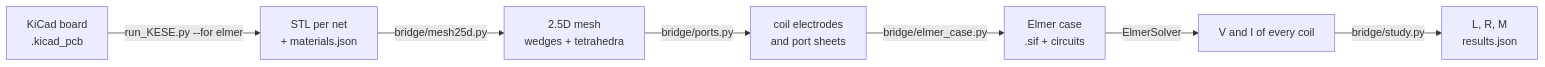
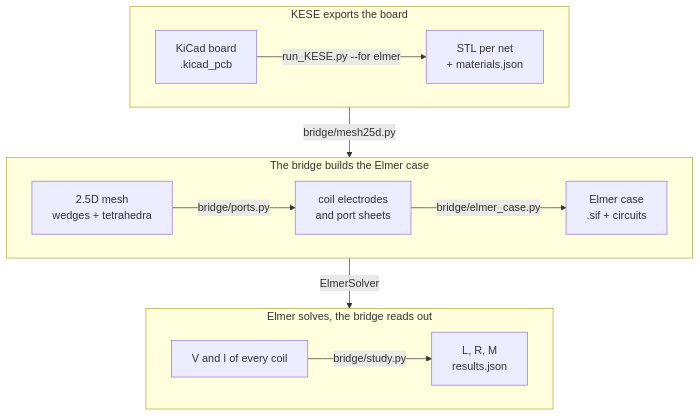
One commit to RolandThsive/KiCad-EM-Stackup-Exporter-KESE changed the diagram in docs/wiki/Elmer-FEM-Walkthrough.md. Above: the diagram before and after it, drawn with Mermaid. The commit also changed 3 other files, not shown here.

First line of the commit message:
Wiki: each walkthrough's How It Fits Together diagram in rows

````diff
--- a/docs/wiki/Elmer-FEM-Walkthrough.md
+++ b/docs/wiki/Elmer-FEM-Walkthrough.md
@@ -45,9 +45,17 @@
 ```mermaid
-flowchart LR
-    A[KiCad board<br>.kicad_pcb] -->|run_KESE.py --for elmer| B[STL per net<br>+ materials.json]
-    B -->|bridge/mesh25d.py| C[2.5D mesh<br>wedges + tetrahedra]
-    C -->|bridge/ports.py| D[coil electrodes<br>and port sheets]
-    D -->|bridge/elmer_case.py| E[Elmer case<br>.sif + circuits]
-    E -->|ElmerSolver| F[V and I of every coil]
-    F -->|bridge/study.py| G[L, R, M<br>results.json]
+flowchart TB
+    subgraph S1["KESE exports the board"]
+        direction LR
+        A[KiCad board<br>.kicad_pcb] -->|run_KESE.py --for elmer| B[STL per net<br>+ materials.json]
+    end
+    subgraph S2["The bridge builds the Elmer case"]
+        direction LR
+        C[2.5D mesh<br>wedges + tetrahedra] -->|bridge/ports.py| D[coil electrodes<br>and port sheets] -->|bridge/elmer_case.py| E[Elmer case<br>.sif + circuits]
+    end
+    subgraph S3["Elmer solves, the bridge reads out"]
+        direction LR
+        F[V and I of every coil] -->|bridge/study.py| G[L, R, M<br>results.json]
+    end
+    S1 -->|bridge/mesh25d.py| S2
+    S2 -->|ElmerSolver| S3
 ```
````
